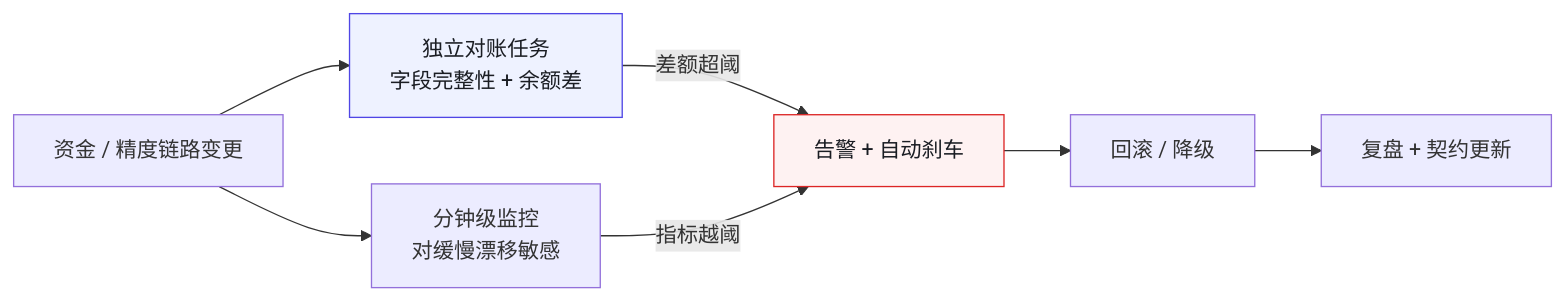
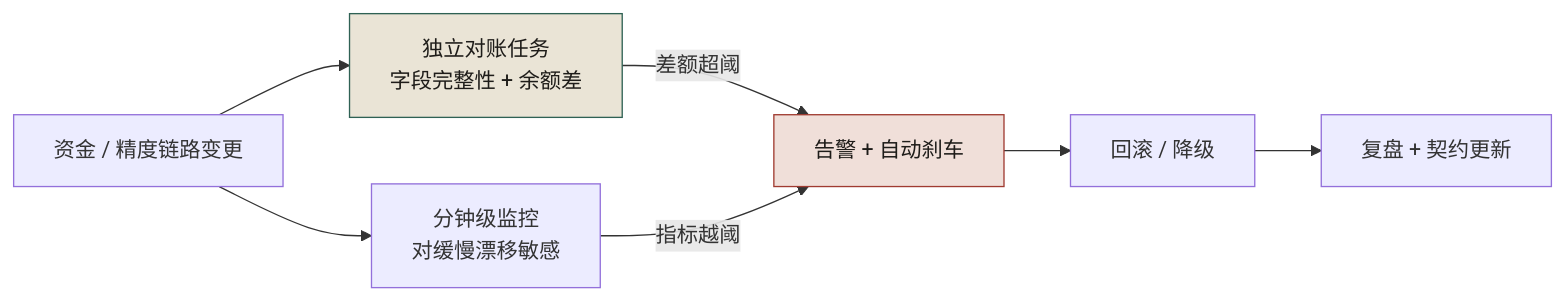
The first of 3 diagrams in docs/manuscript/ch26-第21章-对账灰度回滚监控.md (funny8kids/AI_Native_Software_Engineering), drawn with Mermaid before and after one commit. The commit also changed other lines of this file and 81 other files, not shown here.

````diff
--- a/docs/manuscript/ch26-第21章-对账灰度回滚监控.md
+++ b/docs/manuscript/ch26-第21章-对账灰度回滚监控.md
@@ -6,11 +6,11 @@
 ```mermaid
 flowchart LR
   CH[资金 / 精度链路变更] --> REC[独立对账任务<br/>字段完整性 + 余额差]
   CH --> MON[分钟级监控<br/>对缓慢漂移敏感]
   REC -->|差额超阈| ALERT[告警 + 自动刹车]
   MON -->|指标越阈| ALERT
   ALERT --> ROLL[回滚 / 降级]
   ROLL --> POST[复盘 + 契约更新]
-  style REC fill:#eef2ff,stroke:#4f46e5,color:#1a1d23
-  style ALERT fill:#fef2f2,stroke:#dc2626,color:#1a1d23
+  style REC fill:#eae4d6,stroke:#2f6154,color:#1e1c19
+  style ALERT fill:#f0dfd9,stroke:#a03b31,color:#1e1c19
 ```
````
